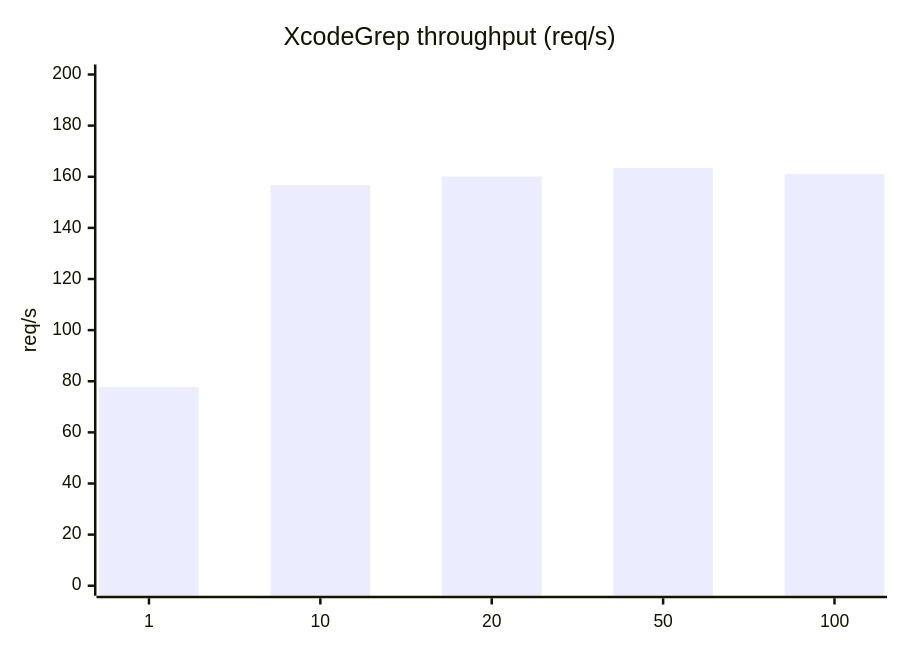
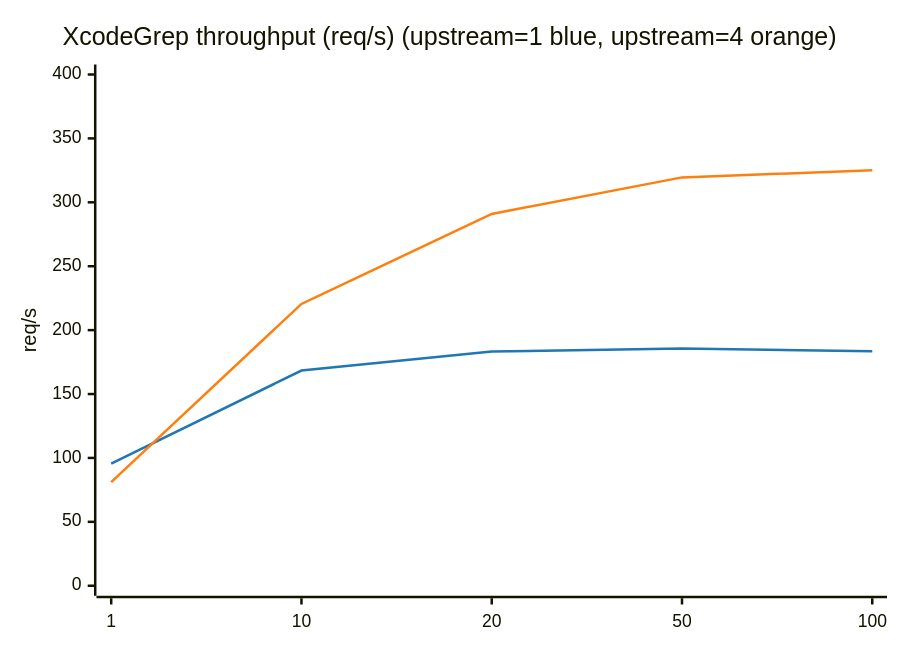
One commit to romanr/XcodeMCPKit changed the fourth of 9 diagrams in Docs/mcp-benchmark.md. Above: the diagram before and after it, drawn with Mermaid. The commit also changed other lines of this file, not shown here.

Commit message:
docs: rerun upstream=1 vs 4 benchmarks

````diff
--- a/Docs/mcp-benchmark.md
+++ b/Docs/mcp-benchmark.md
@@ -118,7 +159,9 @@
 ```mermaid
+%%{init: {'themeVariables': {'xyChart': {'plotColorPalette': '#1f77b4,#ff7f0e'}}}}%%
 xychart-beta
-    title "XcodeGrep throughput (req/s)"
+    title "XcodeGrep throughput (req/s) (upstream=1 blue, upstream=4 orange)"
     x-axis [1, 10, 20, 50, 100]
-    y-axis "req/s" 0 --> 200
-    bar [77.7, 156.7, 160.1, 163.4, 161.0]
+    y-axis "req/s" 0 --> 400
+    line [95.5, 168.4, 183.3, 185.6, 183.4]
+    line [81.1, 220.5, 290.9, 319.5, 325.0]
 ```
````
